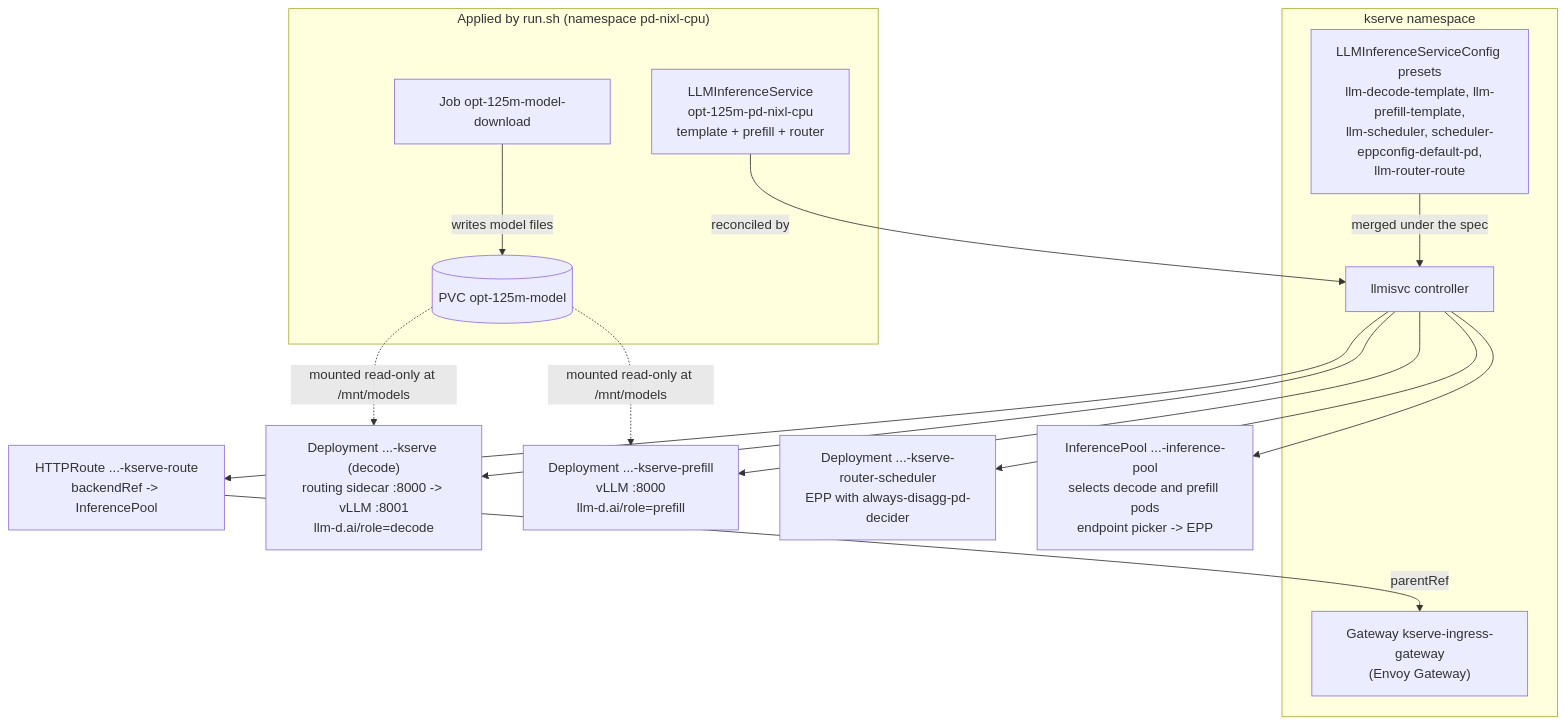
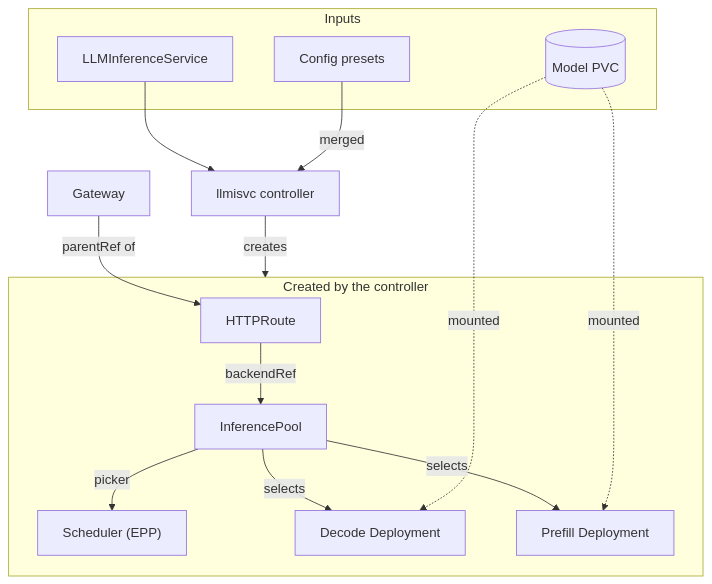
The first of 4 diagrams in docs/samples/llmisvc/pd-nixl-cpu/README.md (kserve/kserve), drawn with Mermaid before and after one commit. The commit also changed other lines of this file, not shown here.

First line of the commit message:
docs(llmisvc): fix clipped P/D sample diagrams and trim the README

````diff
--- a/docs/samples/llmisvc/pd-nixl-cpu/README.md
+++ b/docs/samples/llmisvc/pd-nixl-cpu/README.md
@@ -43,28 +45,24 @@
 ```mermaid
 flowchart TB
-  subgraph applied["Applied by run.sh (namespace pd-nixl-cpu)"]
-    job["Job opt-125m-model-download"]
-    pvc[("PVC opt-125m-model")]
-    svc["LLMInferenceService<br/>opt-125m-pd-nixl-cpu<br/>template + prefill + router"]
+  subgraph inputs["Inputs"]
+    svc["LLMInferenceService"]
+    presets["Config presets"]
+    pvc[("Model PVC")]
   end
 
-  subgraph ks["kserve namespace"]
-    ctrl["llmisvc controller"]
-    presets["LLMInferenceServiceConfig presets<br/>llm-decode-template, llm-prefill-template,<br/>llm-scheduler, scheduler-eppconfig-default-pd,<br/>llm-router-route"]
-    gw["Gateway kserve-ingress-gateway<br/>(Envoy Gateway)"]
+  ctrl["llmisvc controller"]
+  svc --> ctrl
+  presets -- "merged" --> ctrl
+
+  subgraph created["Created by the controller"]
+    route["HTTPRoute"] -- "backendRef" --> pool["InferencePool"]
+    pool -- "picker" --> epp["Scheduler (EPP)"]
+    pool -- "selects" --> dec["Decode Deployment"]
+    pool -- "selects" --> pre["Prefill Deployment"]
   end
 
-  job -- "writes model files" --> pvc
-  svc -- "reconciled by" --> ctrl
-  presets -- "merged under the spec" --> ctrl
-
-  ctrl --> dec["Deployment ...-kserve (decode)<br/>routing sidecar :8000 -> vLLM :8001<br/>llm-d.ai/role=decode"]
-  ctrl --> pre["Deployment ...-kserve-prefill<br/>vLLM :8000<br/>llm-d.ai/role=prefill"]
-  ctrl --> epp["Deployment ...-kserve-router-scheduler<br/>EPP with always-disagg-pd-decider"]
-  ctrl --> pool["InferencePool ...-inference-pool<br/>selects decode and prefill pods<br/>endpoint picker -> EPP"]
-  ctrl --> route["HTTPRoute ...-kserve-route<br/>backendRef -> InferencePool"]
-
-  route -- "parentRef" --> gw
-  pvc -. "mounted read-only at /mnt/models" .-> dec
-  pvc -. "mounted read-only at /mnt/models" .-> pre
+  ctrl -- "creates" --> created
+  gw["Gateway"] -- "parentRef of" --> route
+  pvc -. "mounted" .-> dec
+  pvc -. "mounted" .-> pre
 ```
````
